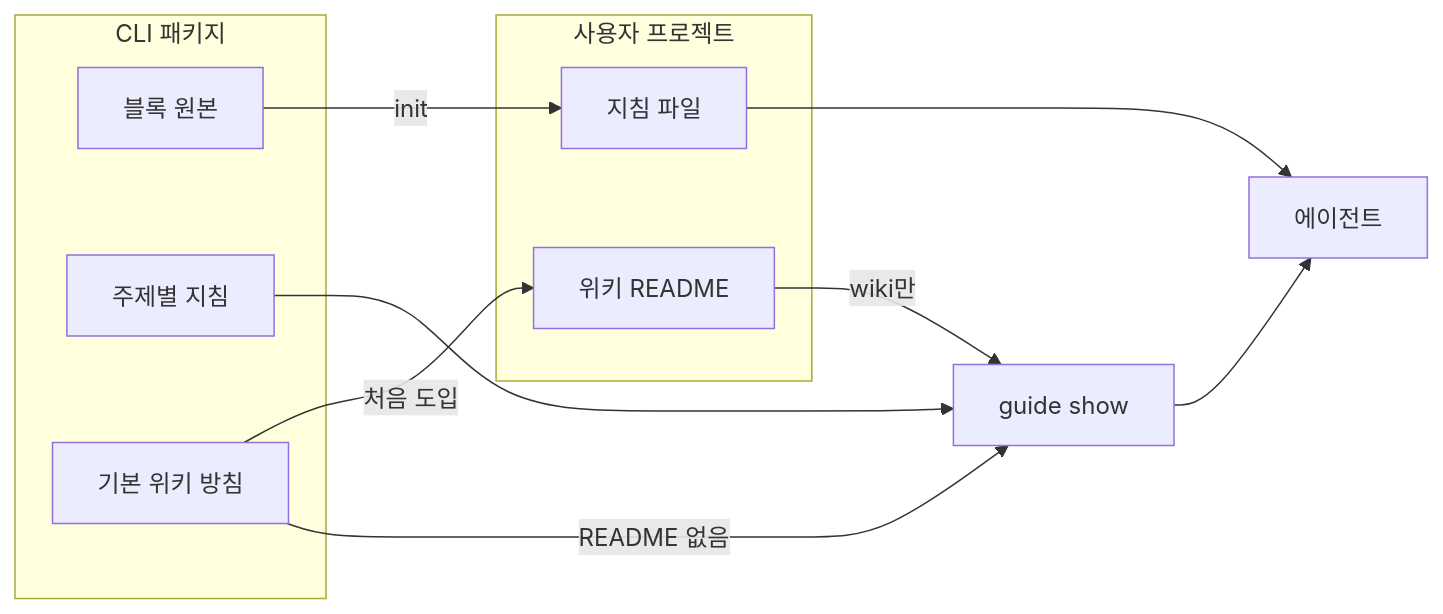
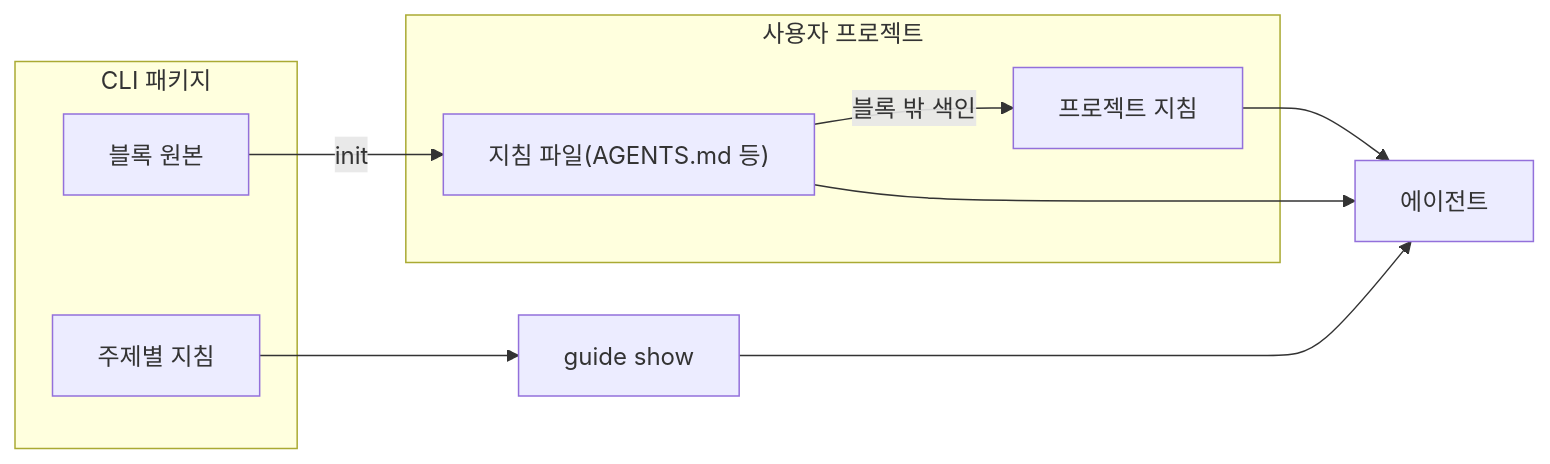
The diagram in .gitifact/spec/agent-workflow/design/interface.md (dev-goraebap/gitifact), drawn with Mermaid before and after one commit. The commit also changed other lines of this file and 78 other files, not shown here.

````diff
--- a/.gitifact/spec/agent-workflow/design/interface.md
+++ b/.gitifact/spec/agent-workflow/design/interface.md
@@ -17,19 +16,17 @@
 ```mermaid
 flowchart LR
   subgraph pkg["CLI 패키지"]
     B["블록 원본"]
     T["주제별 지침"]
-    D["기본 위키 방침"]
   end
   subgraph proj["사용자 프로젝트"]
-    A["지침 파일"]
-    R["위키 README"]
+    A["지침 파일(AGENTS.md 등)"]
+    I["프로젝트 지침"]
   end
   B -->|init| A
-  D -->|처음 도입| R
   T --> G["guide show"]
-  R -->|wiki만| G
-  D -->|README 없음| G
+  A -->|"블록 밖 색인"| I
   A --> E["에이전트"]
   G --> E
+  I --> E
 ```
````
